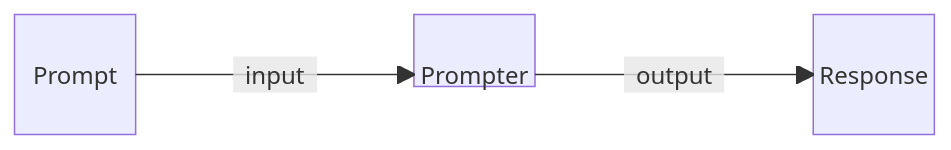
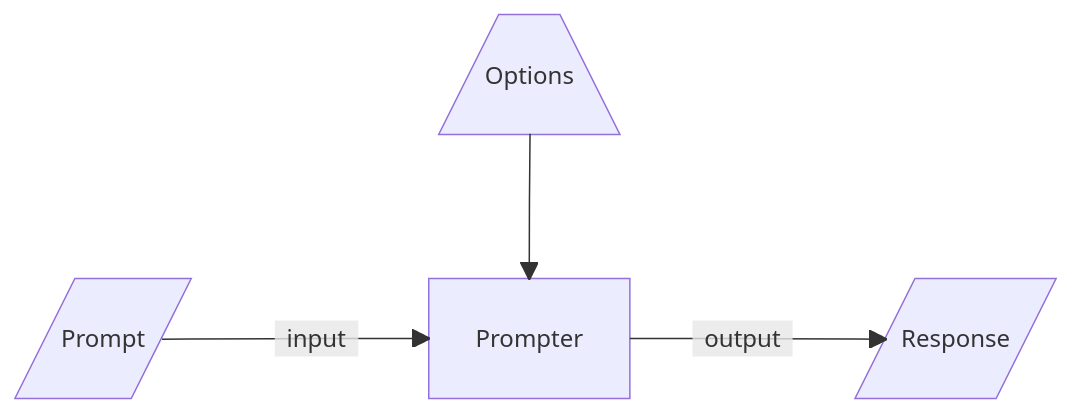
The diagram in program-patterns/diagrams/prompter.mmd (asimov-specs/asimov-specs), drawn with Mermaid before and after one commit. The commit also changed 19 other files, not shown here.

Commit message:
Enhance the data flow diagrams.

```diff
--- a/program-patterns/diagrams/prompter.mmd
+++ b/program-patterns/diagrams/prompter.mmd
@@ -1,11 +1,19 @@
+---
+title: Data flow for prompters
+---
 block-beta
-    columns 7
-    Prompt space:2 Prompter space:2 Response
-    Prompt-- "input" -->Prompter
-    Prompter-- "output" -->Response
+  classDef block height:48px,padding:8px;
 
-    classDef block height:48px,padding:8px;
-    classDef hidden visibility:none;
-    class Prompter block
-    class Prompt hidden
-    class Response hidden
+  columns 5
+  space:2 Options space:2
+  space:5
+  Input space Program space Output
+
+  Options --> Program
+  Input-- "input" -->Program
+  Program-- "output" -->Output
+
+  Options[/"Options"\]
+  Program["Prompter"]
+  Input[/"Prompt"/]
+  Output[/"Response"/]
```
